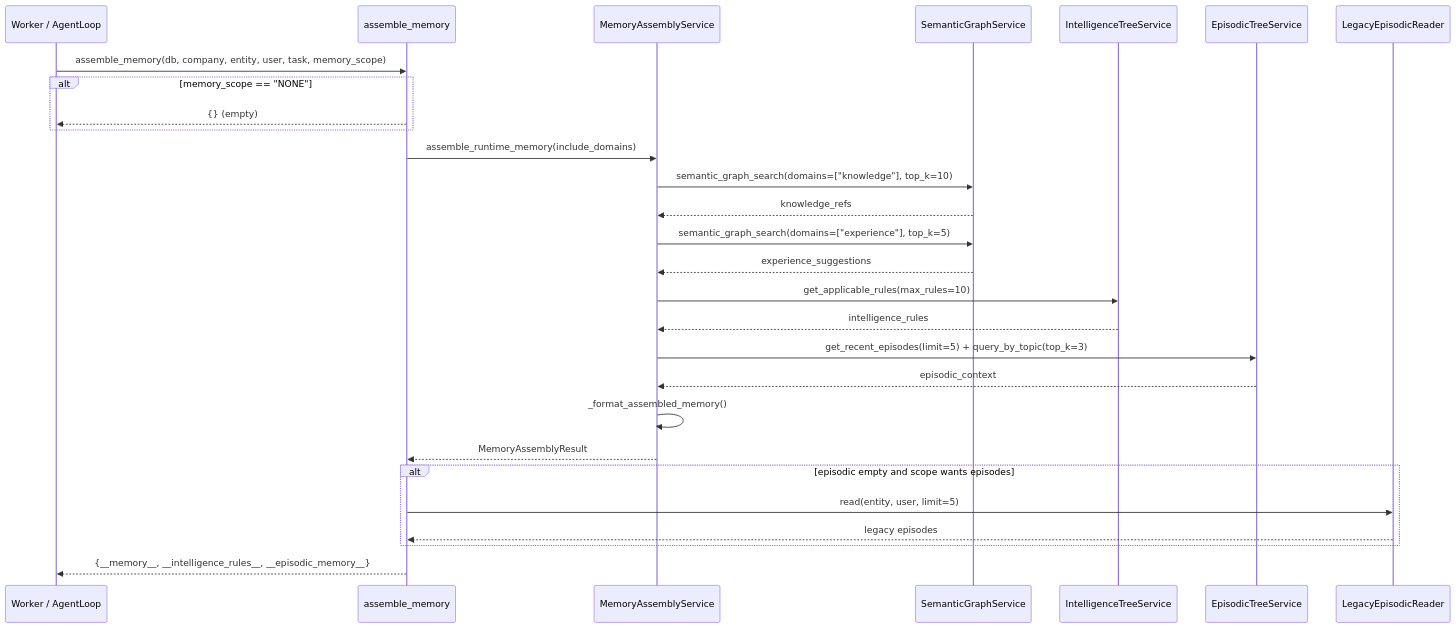
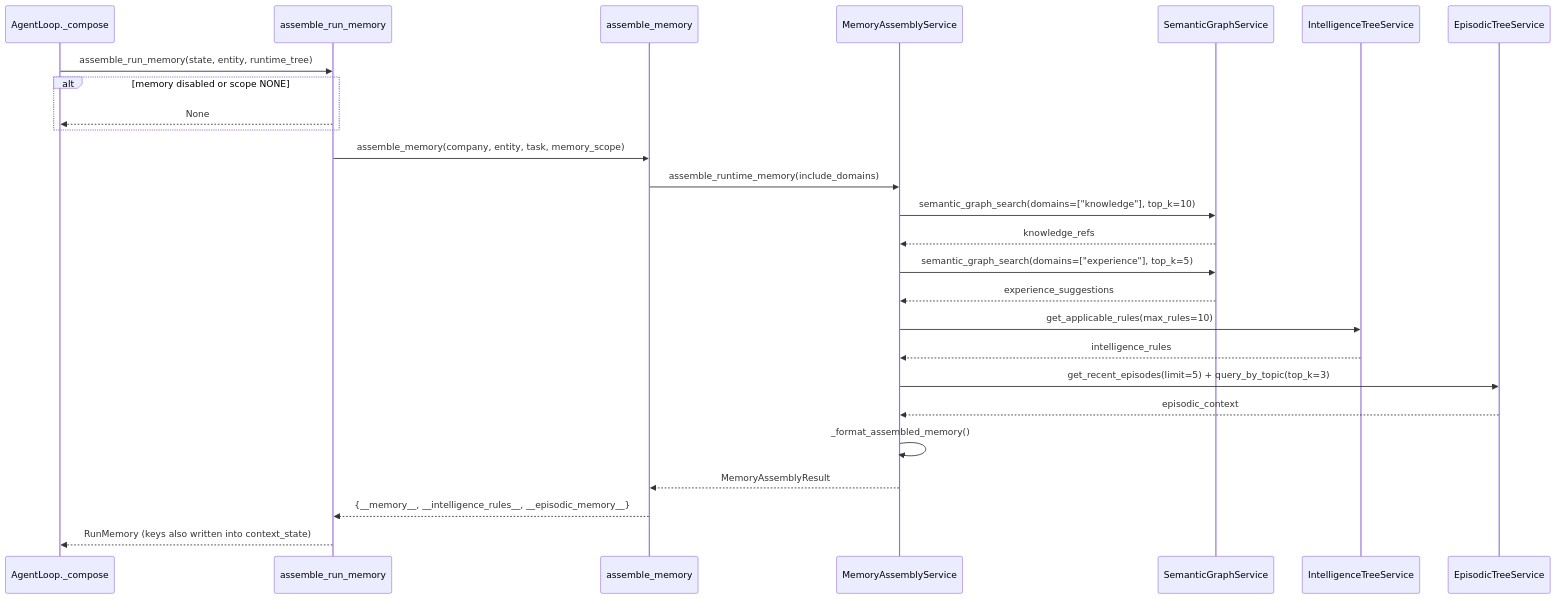
Before and after one commit to gondolerahul/hire-buddha-app: diagram 18 of 24 in docs/current/08-memory-and-cortex.md, drawn with Mermaid. The commit also changed other lines of this file and 5 other files, not shown here.

First line of the commit message:
docs(memory): document the wired read path and the removal of v1 memory

````diff
--- a/docs/current/08-memory-and-cortex.md
+++ b/docs/current/08-memory-and-cortex.md
@@ -1058,31 +1067,29 @@
 ```mermaid
 sequenceDiagram
-    participant W as Worker / AgentLoop
+    participant L as AgentLoop._compose
+    participant R as assemble_run_memory
     participant A as assemble_memory
     participant MAS as MemoryAssemblyService
     participant G as SemanticGraphService
     participant IT as IntelligenceTreeService
     participant ET as EpisodicTreeService
-    participant L as LegacyEpisodicReader
 
-    W->>A: assemble_memory(db, company, entity, user, task, memory_scope)
-    alt memory_scope == "NONE"
-        A-->>W: {} (empty)
+    L->>R: assemble_run_memory(state, entity, runtime_tree)
+    alt memory disabled or scope NONE
+        R-->>L: None
     end
+    R->>A: assemble_memory(company, entity, task, memory_scope)
     A->>MAS: assemble_runtime_memory(include_domains)
     MAS->>G: semantic_graph_search(domains=["knowledge"], top_k=10)
     G-->>MAS: knowledge_refs
     MAS->>G: semantic_graph_search(domains=["experience"], top_k=5)
     G-->>MAS: experience_suggestions
     MAS->>IT: get_applicable_rules(max_rules=10)
     IT-->>MAS: intelligence_rules
     MAS->>ET: get_recent_episodes(limit=5) + query_by_topic(top_k=3)
     ET-->>MAS: episodic_context
     MAS->>MAS: _format_assembled_memory()
     MAS-->>A: MemoryAssemblyResult
-    alt episodic empty and scope wants episodes
-        A->>L: read(entity, user, limit=5)
-        L-->>A: legacy episodes
-    end
-    A-->>W: {__memory__, __intelligence_rules__, __episodic_memory__}
+    A-->>R: {__memory__, __intelligence_rules__, __episodic_memory__}
+    R-->>L: RunMemory (keys also written into context_state)
 ```
````
